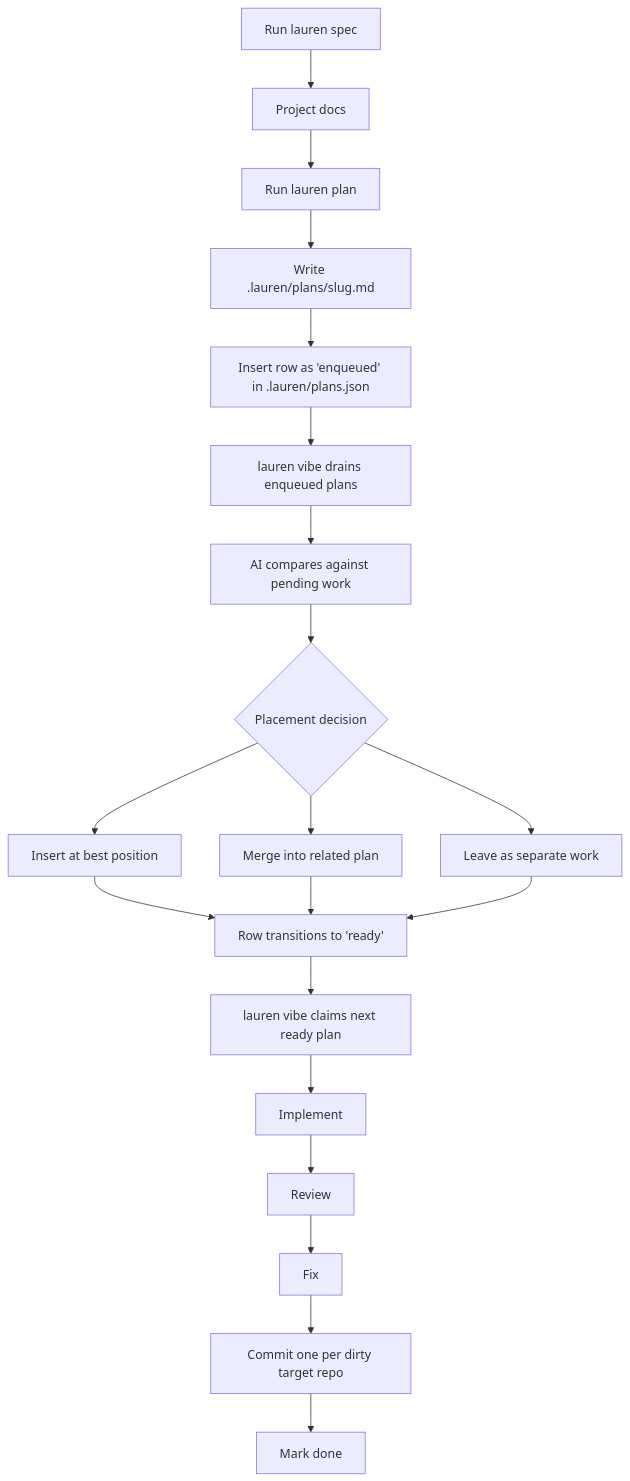
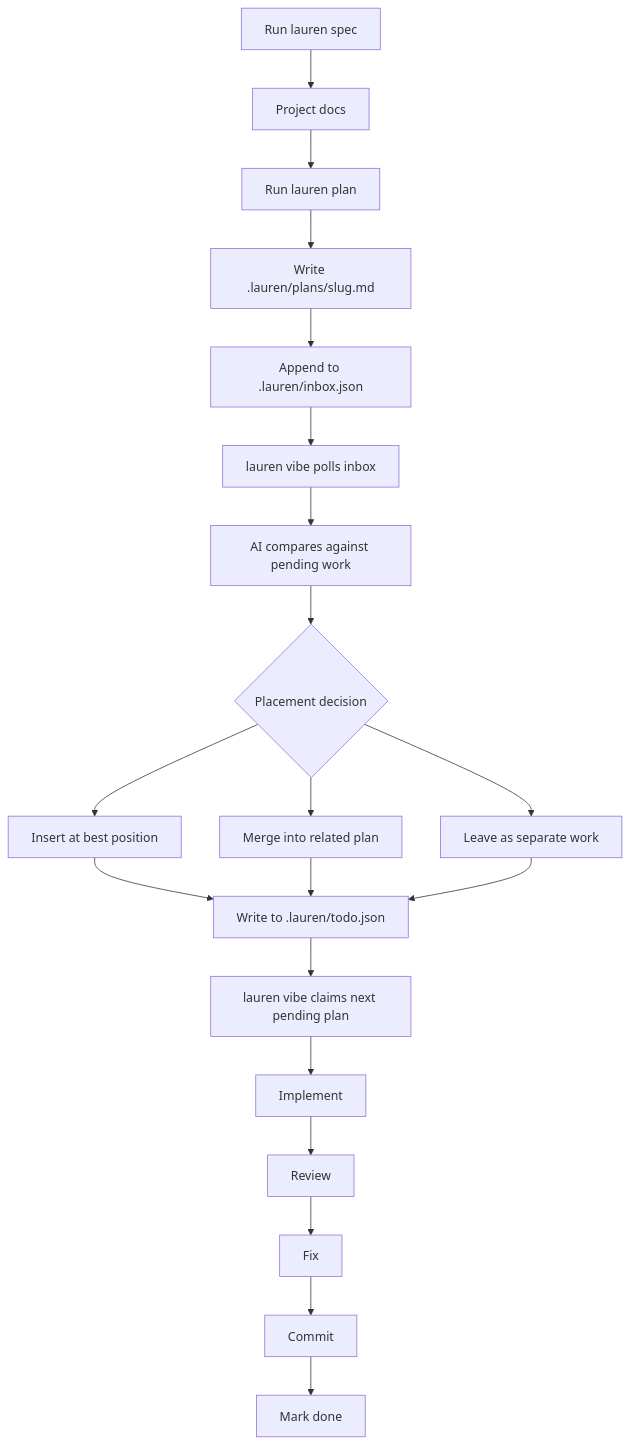
One commit to ofux/lauren changed the first of 3 diagrams in README.md. Above: the diagram before and after it, drawn with Mermaid. The commit also changed other lines of this file and 24 other files, not shown here.

````diff
--- a/README.md
+++ b/README.md
@@ -108,22 +100,22 @@
 ```mermaid
 flowchart TD
   A[Run lauren spec] --> B[Project docs]
   B --> C[Run lauren plan]
   C --> D[Write .lauren/plans/slug.md]
-  D --> E[Insert row as 'enqueued' in .lauren/plans.json]
-  E --> R[lauren vibe drains enqueued plans]
+  D --> E[Append to .lauren/inbox.json]
+  E --> R[lauren vibe polls inbox]
   R --> F[AI compares against pending work]
   F --> N{Placement decision}
   N --> O[Insert at best position]
   N --> P[Merge into related plan]
   N --> Q[Leave as separate work]
-  O --> S[Row transitions to 'ready']
+  O --> S[Write to .lauren/todo.json]
   P --> S
   Q --> S
-  S --> G[lauren vibe claims next ready plan]
+  S --> G[lauren vibe claims next pending plan]
   G --> I[Implement]
   I --> J[Review]
   J --> K[Fix]
-  K --> L[Commit one per dirty target repo]
+  K --> L[Commit]
   L --> M[Mark done]
 ```
````
